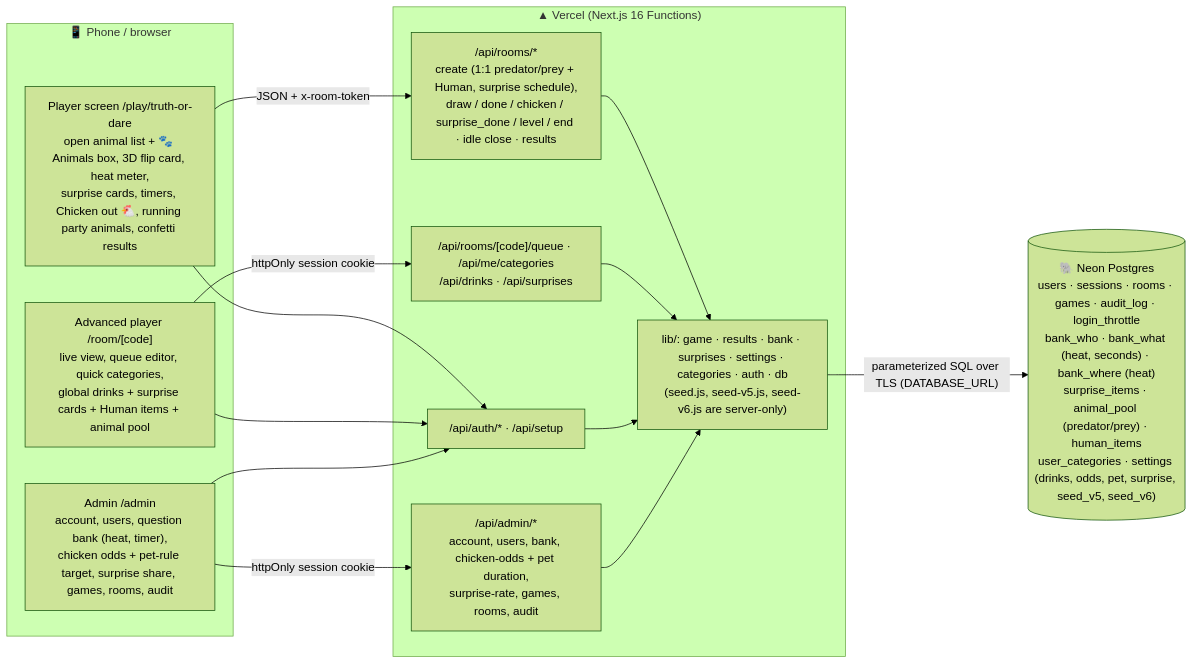
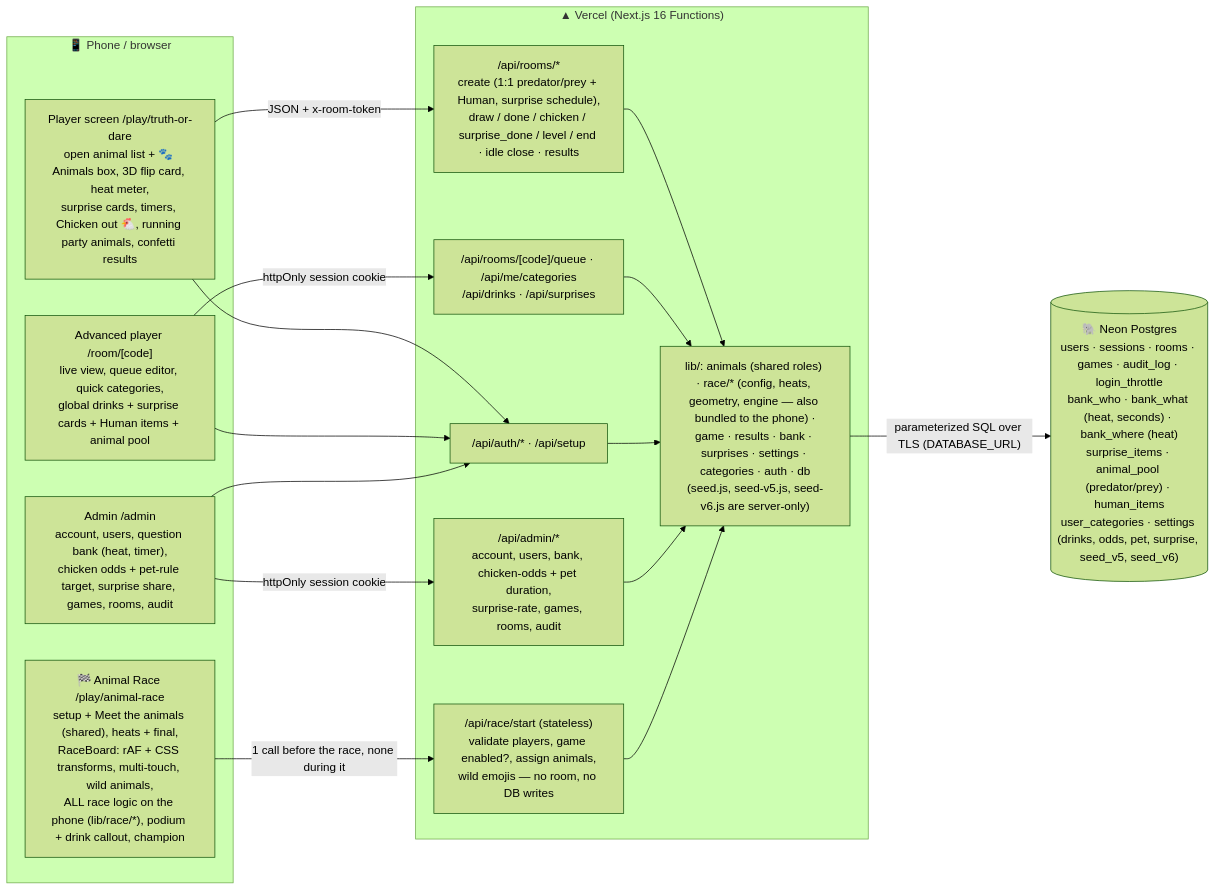
Before and after one commit to chanhinterai-max/party-games: the diagram in ARCHITECTURE.md, drawn with Mermaid (forest theme). The commit also changed other lines of this file and 17 other files, not shown here.

Commit message:
v7: Animal Race — second game (client-side race engine, heats + final, wild animals, equal penalties); shared party setup components

````diff
--- a/ARCHITECTURE.md
+++ b/ARCHITECTURE.md
@@ -7,22 +7,25 @@
 ```mermaid
 flowchart LR
   subgraph Browser["📱 Phone / browser"]
     P["Player screen /play/truth-or-dare<br/>open animal list + 🐾 Animals box, 3D flip card, heat meter,<br/>surprise cards, timers, Chicken out 🐔, running party animals, confetti results"]
     A["Advanced player /room/[code]<br/>live view, queue editor, quick categories,<br/>global drinks + surprise cards + Human items + animal pool"]
+    RC["🏁 Animal Race /play/animal-race<br/>setup + Meet the animals (shared), heats + final,<br/>RaceBoard: rAF + CSS transforms, multi-touch, wild animals,<br/>ALL race logic on the phone (lib/race/*), podium + drink callout, champion"]
     D["Admin /admin<br/>account, users, question bank (heat, timer),<br/>chicken odds + pet-rule target, surprise share, games, rooms, audit"]
   end
   subgraph Vercel["▲ Vercel (Next.js 16 Functions)"]
     R1["/api/rooms/*<br/>create (1:1 predator/prey + Human, surprise schedule),<br/>draw / done / chicken / surprise_done / level / end · idle close · results"]
     R2["/api/rooms/[code]/queue · /api/me/categories<br/>/api/drinks · /api/surprises"]
     R3["/api/auth/* · /api/setup"]
+    R5["/api/race/start (stateless)<br/>validate players, game enabled?, assign animals,<br/>wild emojis — no room, no DB writes"]
     R4["/api/admin/*<br/>account, users, bank, chicken-odds + pet duration,<br/>surprise-rate, games, rooms, audit"]
-    L["lib/: game · results · bank · surprises · settings · categories · auth · db<br/>(seed.js, seed-v5.js, seed-v6.js are server-only)"]
+    L["lib/: animals (shared roles) · race/* (config, heats, geometry, engine — also bundled to the phone) ·<br/>game · results · bank · surprises · settings · categories · auth · db<br/>(seed.js, seed-v5.js, seed-v6.js are server-only)"]
   end
   DB[("🐘 Neon Postgres<br/>users · sessions · rooms · games · audit_log · login_throttle<br/>bank_who · bank_what (heat, seconds) · bank_where (heat)<br/>surprise_items · animal_pool (predator/prey) · human_items<br/>user_categories · settings (drinks, odds, pet, surprise, seed_v5, seed_v6)")]
   P -- "JSON + x-room-token" --> R1
   A -- "httpOnly session cookie" --> R2
   D -- "httpOnly session cookie" --> R4
+  RC -- "1 call before the race, none during it" --> R5
   P & A & D --> R3
-  R1 & R2 & R3 & R4 --> L
+  R1 & R2 & R3 & R4 & R5 --> L
   L -- "parameterized SQL over TLS (DATABASE_URL)" --> DB
 ```
````
